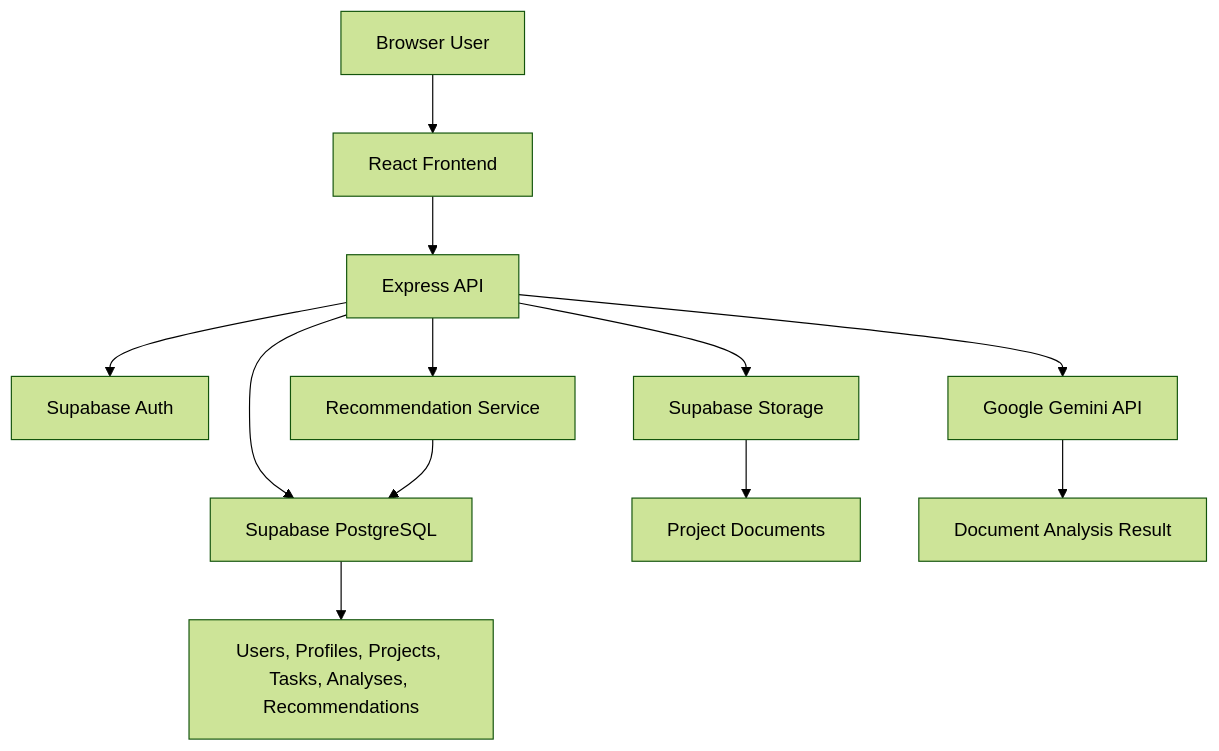
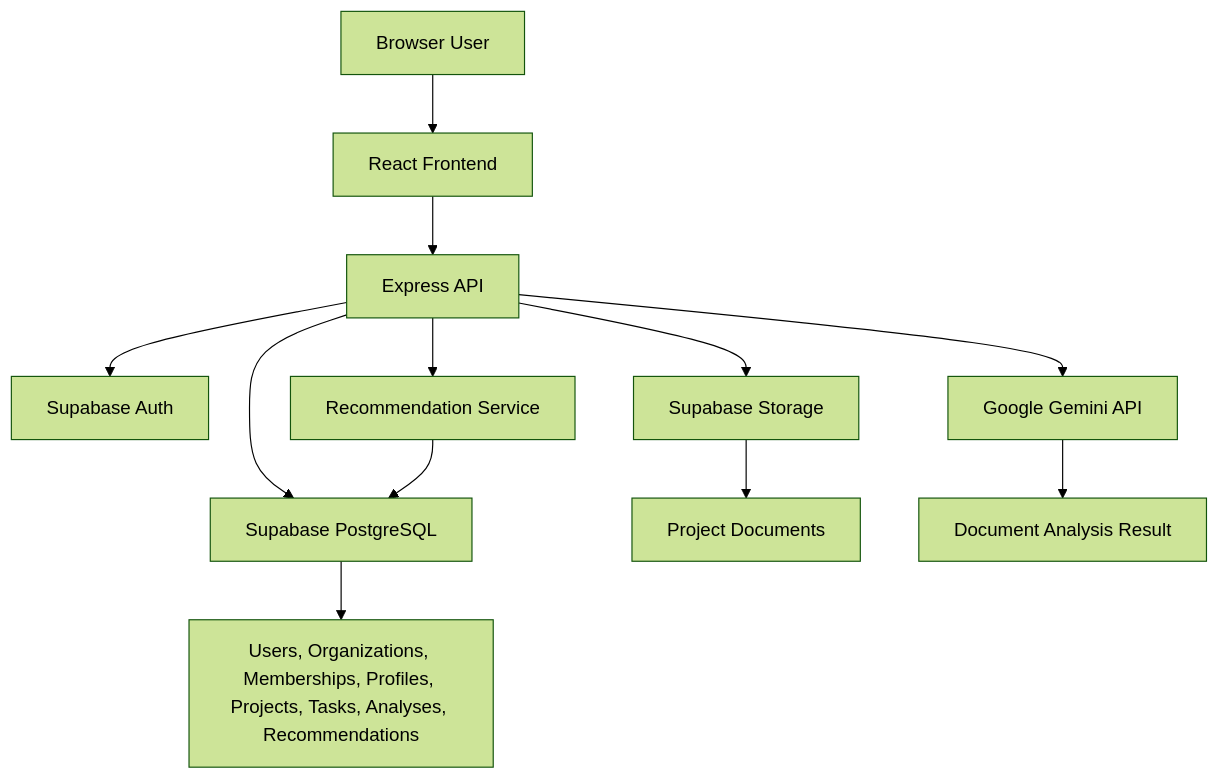
The first of 4 diagrams in README.md (barshatpradhan/supervisor-ai), drawn with Mermaid (forest theme) before and after one commit. The commit also changed other lines of this file and 1 other file, not shown here.

````diff
--- a/README.md
+++ b/README.md
@@ -26,14 +26,14 @@
 ```mermaid
 flowchart TD
   User[Browser User] --> Frontend[React Frontend]
   Frontend --> API[Express API]
   API --> Auth[Supabase Auth]
   API --> Database[Supabase PostgreSQL]
   API --> Storage[Supabase Storage]
   API --> Gemini[Google Gemini API]
   Storage --> Documents[Project Documents]
-  Database --> AppData[Users, Profiles, Projects, Tasks, Analyses, Recommendations]
+  Database --> AppData[Users, Organizations, Memberships, Profiles, Projects, Tasks, Analyses, Recommendations]
   Gemini --> Analysis[Document Analysis Result]
   API --> RecommendationEngine[Recommendation Service]
   RecommendationEngine --> Database
 ```
````
